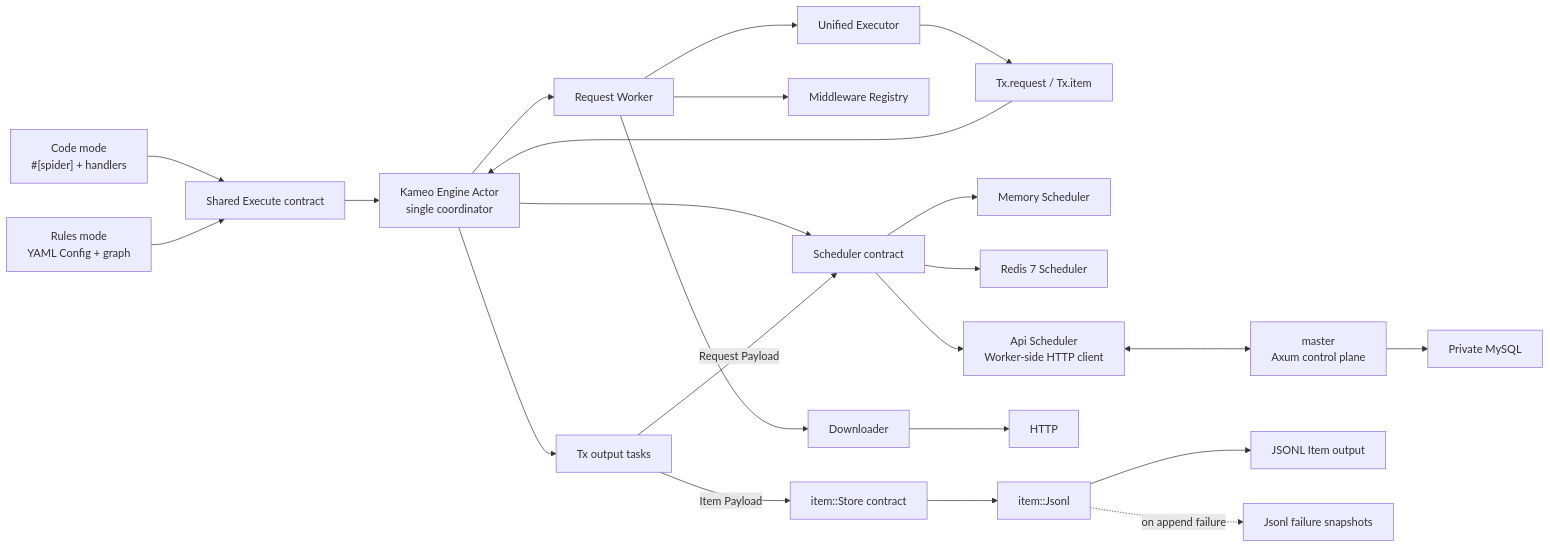
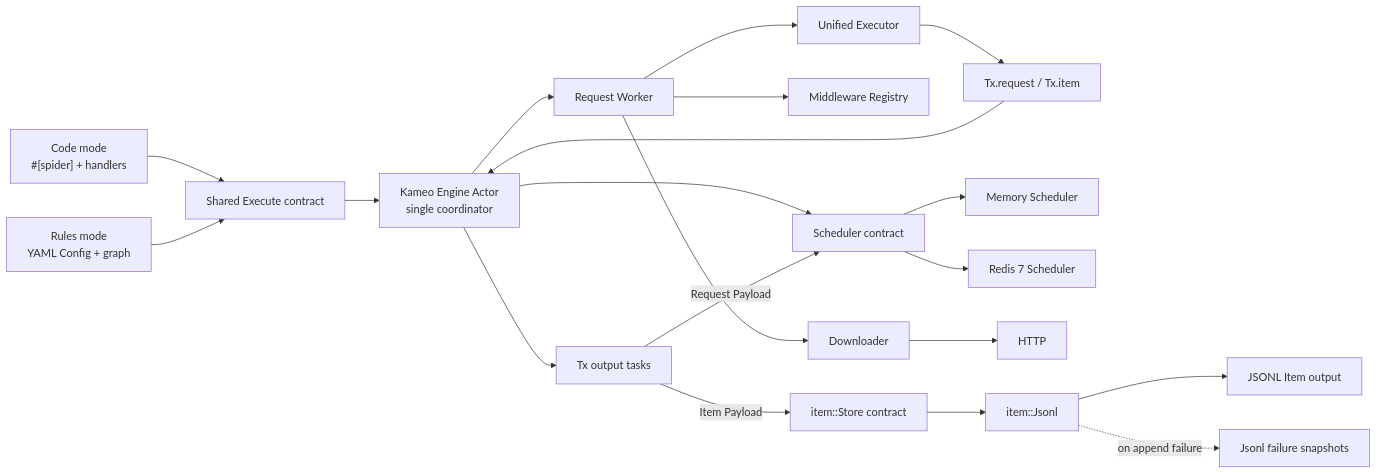
The first of 5 diagrams in docs/architecture.md (halo-space/crawler), drawn with Mermaid before and after one commit. The commit also changed other lines of this file and 105 other files, not shown here.

````diff
--- a/docs/architecture.md
+++ b/docs/architecture.md
@@ -58,47 +54,41 @@
 ```mermaid
 flowchart LR
     C["Code mode<br/>#[spider] + handlers"]
     R["Rules mode<br/>YAML Config + graph"]
     X["Shared Execute contract"]
     T["Tx.request / Tx.item"]
     A["Kameo Engine Actor<br/>single coordinator"]
     S["Scheduler contract"]
     M["Memory Scheduler"]
     Z["Redis 7 Scheduler"]
-    AP["Api Scheduler<br/>Worker-side HTTP client"]
-    CP["master<br/>Axum control plane"]
-    DB["Private MySQL"]
     W["Request Worker"]
     MW["Middleware Registry"]
     D["Downloader"]
     H["HTTP"]
     E["Unified Executor"]
     O["Tx output tasks"]
     IS["item::Store contract"]
     J["item::Jsonl"]
     P["JSONL Item output"]
     F["Jsonl failure snapshots"]
 
     C --> X
     R --> X
     X --> A
     A --> S
     S --> M
     S --> Z
-    S --> AP
-    AP <--> CP
-    CP --> DB
     A --> W
     W --> MW
     W --> D
     D --> H
     W --> E
     E --> T
     T --> A
     A --> O
     O -->|Request Payload| S
     O -->|Item Payload| IS
     IS --> J
     J --> P
     J -. on append failure .-> F
 ```
````
